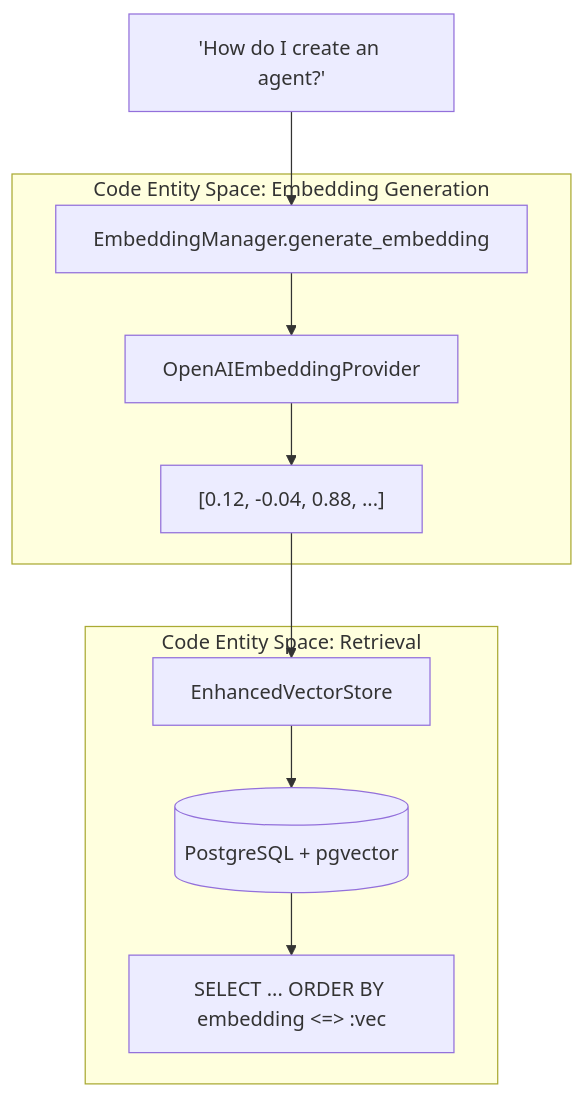
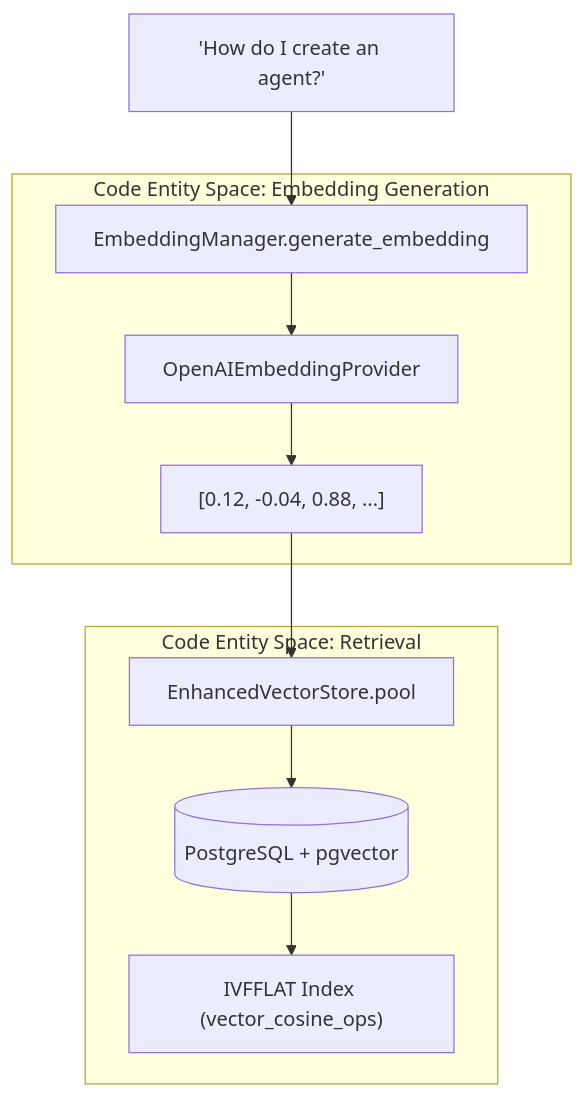
Before and after one commit to AutomatosAI/automatos-ai: the third of 4 diagrams in docs/knowledge-base-rag/rag-retrieval-system.md, drawn with Mermaid. The commit also changed other lines of this file and 153 other files, not shown here.

````diff
--- a/docs/knowledge-base-rag/rag-retrieval-system.md
+++ b/docs/knowledge-base-rag/rag-retrieval-system.md
@@ -216,23 +208,23 @@
 ```mermaid
 graph TB
     Query["'How do I create an agent?'"]
     
     subgraph "Code Entity Space: Embedding Generation"
         EM["EmbeddingManager.generate_embedding"]
         Provider["OpenAIEmbeddingProvider"]
         Vector["[0.12, -0.04, 0.88, ...]"]
     end
     
     subgraph "Code Entity Space: Retrieval"
-        EVS["EnhancedVectorStore"]
+        EVS["EnhancedVectorStore.pool"]
         PGV[("PostgreSQL + pgvector")]
-        SearchSQL["SELECT ... ORDER BY embedding <=> :vec"]
+        IVF["IVFFLAT Index (vector_cosine_ops)"]
     end
     
     Query --> EM
     EM --> Provider
     Provider --> Vector
     Vector --> EVS
     EVS --> PGV
-    PGV --> SearchSQL
+    PGV --> IVF
 ```
````
